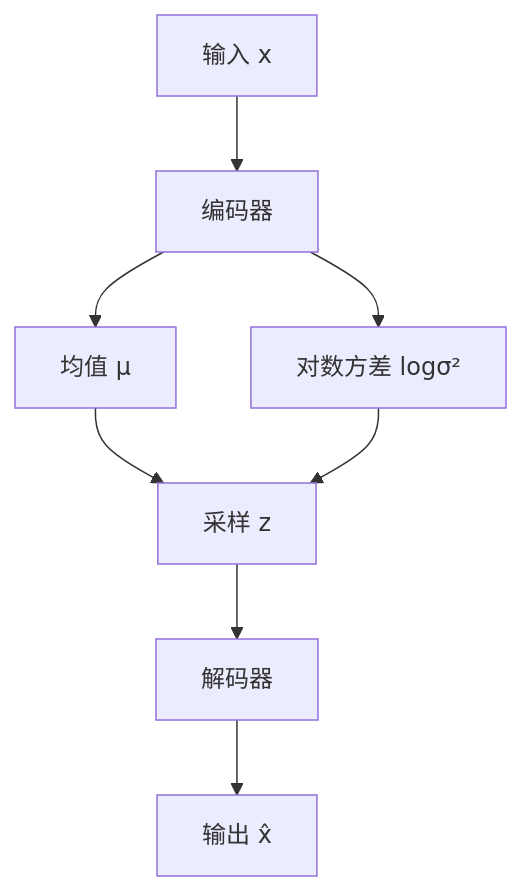
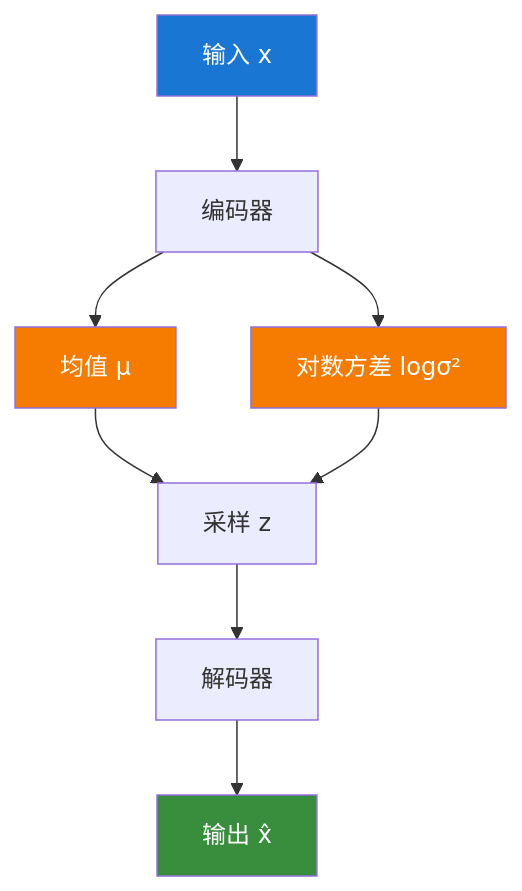
The third of 5 diagrams in 一起学Transformer/01a-编码器解码器架构详解.md (Zheng-Enci/Knoweledges), drawn with Mermaid before and after one commit. The commit also changed other lines of this file, not shown here.

Commit message:
fix: 提升 Mermaid 流程图颜色对比度

````diff
--- a/一起学Transformer/01a-编码器解码器架构详解.md
+++ b/一起学Transformer/01a-编码器解码器架构详解.md
@@ -528,10 +537,15 @@
 ```mermaid
 flowchart TB
     I[输入 x] --> E[编码器]
     E --> MU[均值 μ]
     E --> LOGVAR[对数方差 logσ²]
     MU --> Z[采样 z]
     LOGVAR --> Z
     Z --> D[解码器]
     D --> O[输出 x̂]
+    
+    style I fill:#1976d2,color:#fff
+    style MU fill:#f57c00,color:#fff
+    style LOGVAR fill:#f57c00,color:#fff
+    style O fill:#388e3c,color:#fff
 ```
````
